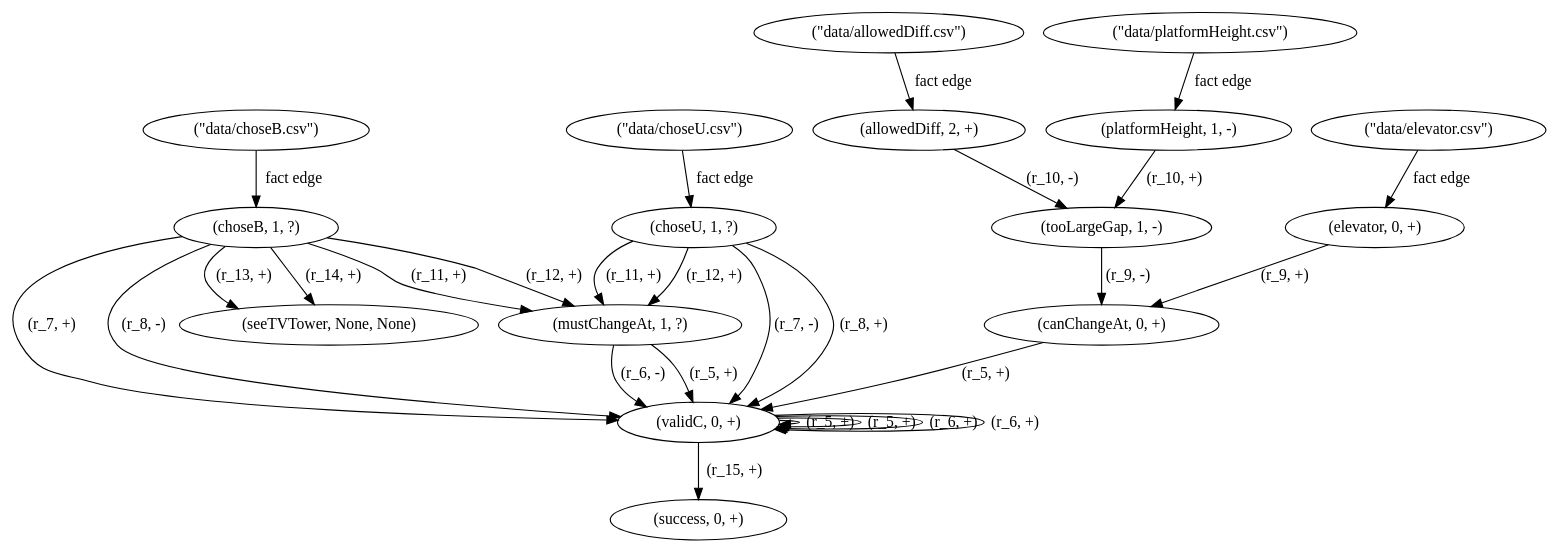
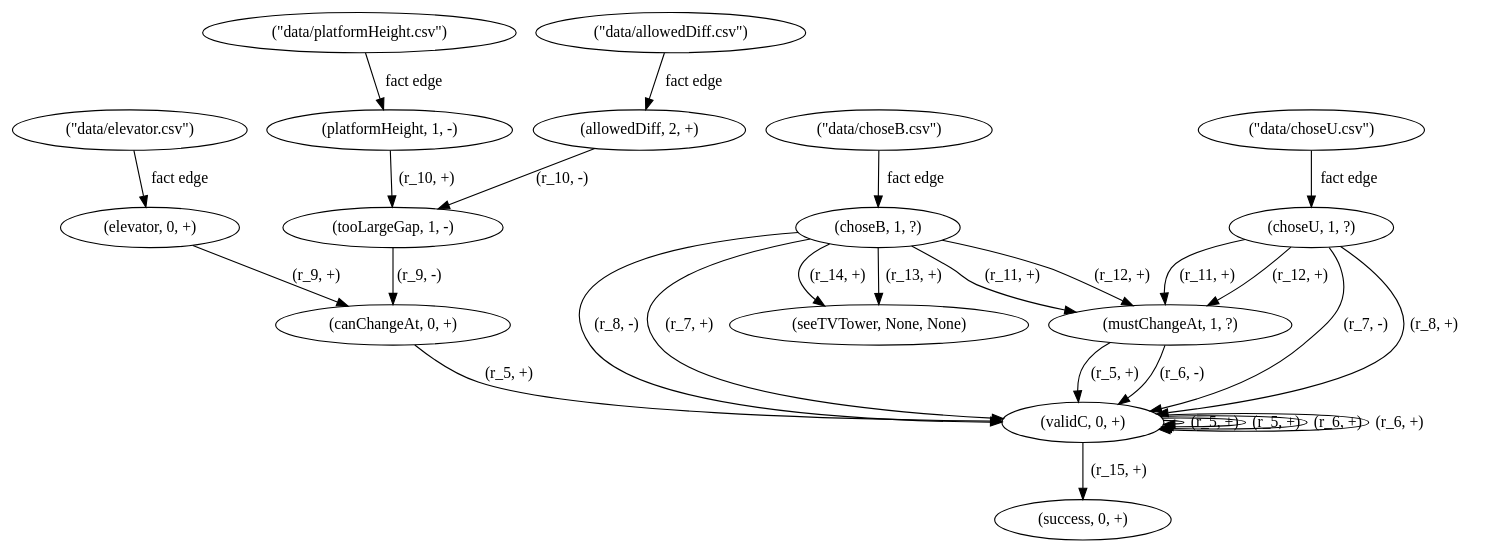
One commit to Leo-Aus-Berlin/nemo-metamorphic-testing changed the diagram in Transformation Sequence 1/input/input_adg.dot. Above: the diagram before and after it, drawn with Graphviz. The commit also changed 9 other files, not shown here.

```diff
--- a/Transformation Sequence 1/input/input_adg.dot
+++ b/Transformation Sequence 1/input/input_adg.dot
@@ -1,45 +1,45 @@
 digraph {
-    0 [ label = "(mustChangeAt, 1, ?)" ]
-    1 [ label = "(canChangeAt, 0, +)" ]
-    2 [ label = "(validC, 0, +)" ]
-    3 [ label = "(choseB, 1, ?)" ]
-    4 [ label = "(tooLargeGap, 1, -)" ]
-    5 [ label = "(seeTVTower, None, None)" ]
-    6 [ label = "(success, 0, +)" ]
-    7 [ label = "(allowedDiff, 2, +)" ]
-    8 [ label = "(platformHeight, 1, -)" ]
-    9 [ label = "(choseU, 1, ?)" ]
-    10 [ label = "(elevator, 0, +)" ]
+    0 [ label = "(canChangeAt, 0, +)" ]
+    1 [ label = "(allowedDiff, 2, +)" ]
+    2 [ label = "(platformHeight, 1, -)" ]
+    3 [ label = "(success, 0, +)" ]
+    4 [ label = "(elevator, 0, +)" ]
+    5 [ label = "(mustChangeAt, 1, ?)" ]
+    6 [ label = "(validC, 0, +)" ]
+    7 [ label = "(choseB, 1, ?)" ]
+    8 [ label = "(seeTVTower, None, None)" ]
+    9 [ label = "(tooLargeGap, 1, -)" ]
+    10 [ label = "(choseU, 1, ?)" ]
     11 [ label = "(\"data/choseU.csv\")" ]
     12 [ label = "(\"data/choseB.csv\")" ]
     13 [ label = "(\"data/elevator.csv\")" ]
     14 [ label = "(\"data/platformHeight.csv\")" ]
     15 [ label = "(\"data/allowedDiff.csv\")" ]
-    11 -> 9 [ label = "fact edge" ]
-    12 -> 3 [ label = "fact edge" ]
-    13 -> 10 [ label = "fact edge" ]
-    14 -> 8 [ label = "fact edge" ]
-    15 -> 7 [ label = "fact edge" ]
-    2 -> 2 [ label = "(r_5, +)" ]
-    2 -> 2 [ label = "(r_5, +)" ]
-    0 -> 2 [ label = "(r_5, +)" ]
-    1 -> 2 [ label = "(r_5, +)" ]
-    2 -> 2 [ label = "(r_6, +)" ]
-    2 -> 2 [ label = "(r_6, +)" ]
-    0 -> 2 [ label = "(r_6, -)" ]
-    3 -> 2 [ label = "(r_7, +)" ]
-    9 -> 2 [ label = "(r_7, -)" ]
-    9 -> 2 [ label = "(r_8, +)" ]
-    3 -> 2 [ label = "(r_8, -)" ]
-    10 -> 1 [ label = "(r_9, +)" ]
-    4 -> 1 [ label = "(r_9, -)" ]
-    8 -> 4 [ label = "(r_10, +)" ]
-    7 -> 4 [ label = "(r_10, -)" ]
-    9 -> 0 [ label = "(r_11, +)" ]
-    3 -> 0 [ label = "(r_11, +)" ]
-    3 -> 0 [ label = "(r_12, +)" ]
-    9 -> 0 [ label = "(r_12, +)" ]
-    3 -> 5 [ label = "(r_13, +)" ]
-    3 -> 5 [ label = "(r_14, +)" ]
-    2 -> 6 [ label = "(r_15, +)" ]
+    11 -> 10 [ label = "fact edge" ]
+    12 -> 7 [ label = "fact edge" ]
+    13 -> 4 [ label = "fact edge" ]
+    14 -> 2 [ label = "fact edge" ]
+    15 -> 1 [ label = "fact edge" ]
+    6 -> 6 [ label = "(r_5, +)" ]
+    6 -> 6 [ label = "(r_5, +)" ]
+    5 -> 6 [ label = "(r_5, +)" ]
+    0 -> 6 [ label = "(r_5, +)" ]
+    6 -> 6 [ label = "(r_6, +)" ]
+    6 -> 6 [ label = "(r_6, +)" ]
+    5 -> 6 [ label = "(r_6, -)" ]
+    7 -> 6 [ label = "(r_7, +)" ]
+    10 -> 6 [ label = "(r_7, -)" ]
+    10 -> 6 [ label = "(r_8, +)" ]
+    7 -> 6 [ label = "(r_8, -)" ]
+    4 -> 0 [ label = "(r_9, +)" ]
+    9 -> 0 [ label = "(r_9, -)" ]
+    2 -> 9 [ label = "(r_10, +)" ]
+    1 -> 9 [ label = "(r_10, -)" ]
+    10 -> 5 [ label = "(r_11, +)" ]
+    7 -> 5 [ label = "(r_11, +)" ]
+    7 -> 5 [ label = "(r_12, +)" ]
+    10 -> 5 [ label = "(r_12, +)" ]
+    7 -> 8 [ label = "(r_13, +)" ]
+    7 -> 8 [ label = "(r_14, +)" ]
+    6 -> 3 [ label = "(r_15, +)" ]
 }
```
